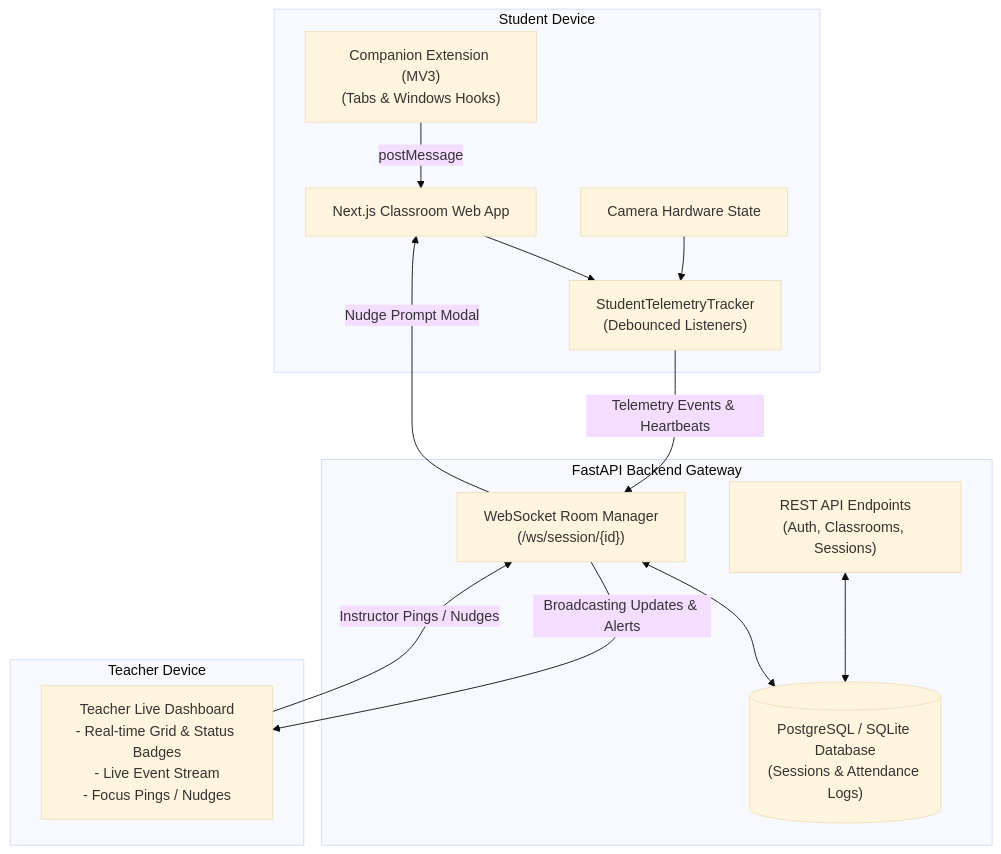
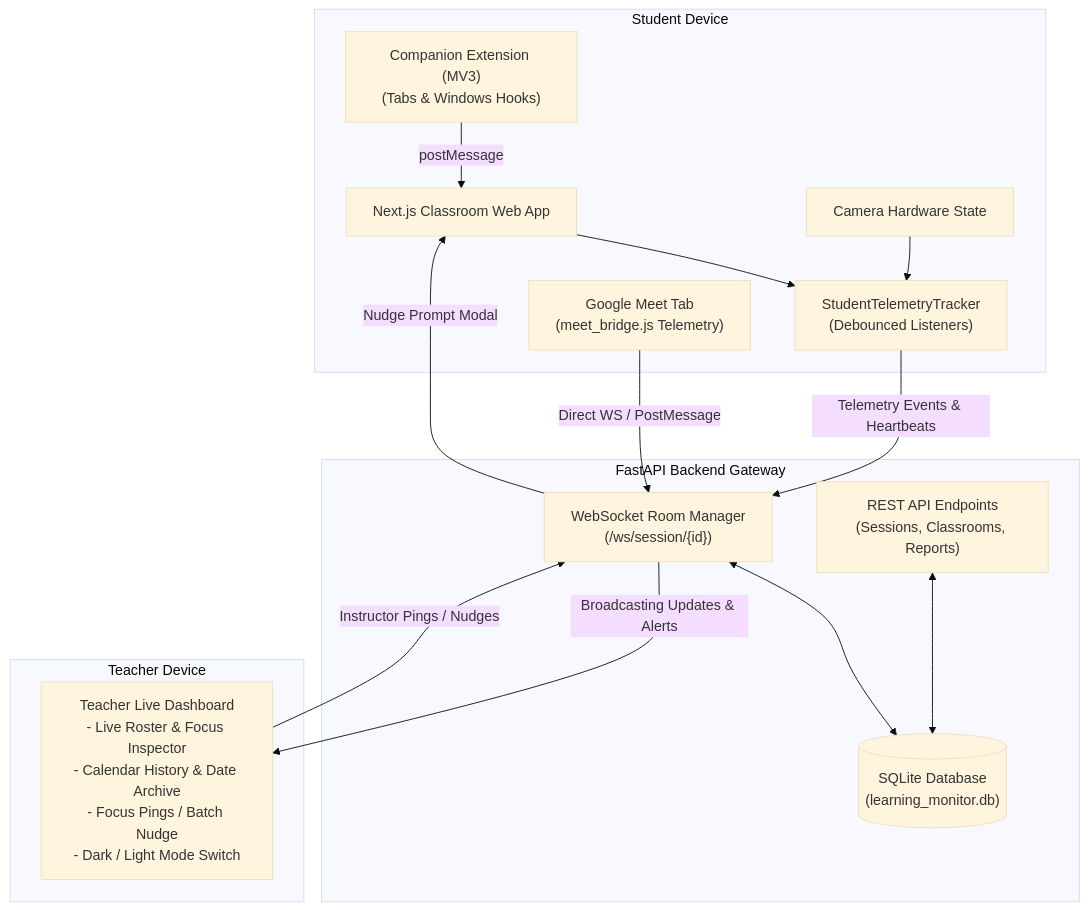
The diagram in README.md (benhrnndz/student-monitoring-system), drawn with Mermaid (base theme) before and after one commit. The commit also changed other lines of this file, not shown here.

````diff
--- a/README.md
+++ b/README.md
@@ -69,29 +71,31 @@
 ```mermaid
 flowchart TD
     subgraph Student["Student Device"]
         APP["Next.js Classroom Web App"]
         TRACKER["StudentTelemetryTracker<br/>(Debounced Listeners)"]
         CAM["Camera Hardware State"]
         EXT["Companion Extension (MV3)<br/>(Tabs & Windows Hooks)"]
+        MEET["Google Meet Tab<br/>(meet_bridge.js Telemetry)"]
     end
 
     subgraph Backend["FastAPI Backend Gateway"]
         WS["WebSocket Room Manager<br/>(/ws/session/{id})"]
-        REST["REST API Endpoints<br/>(Auth, Classrooms, Sessions)"]
-        DB[("PostgreSQL / SQLite Database<br/>(Sessions & Attendance Logs)")]
+        REST["REST API Endpoints<br/>(Sessions, Classrooms, Reports)"]
+        DB[("SQLite Database<br/>(learning_monitor.db)")]
     end
 
     subgraph Teacher["Teacher Device"]
-        DASH["Teacher Live Dashboard<br/>- Real-time Grid & Status Badges<br/>- Live Event Stream<br/>- Focus Pings / Nudges"]
+        DASH["Teacher Live Dashboard<br/>- Live Roster & Focus Inspector<br/>- Calendar History & Date Archive<br/>- Focus Pings / Batch Nudge<br/>- Dark / Light Mode Switch"]
     end
 
     APP --> TRACKER
     CAM --> TRACKER
     EXT -->|postMessage| APP
+    MEET -->|Direct WS / PostMessage| WS
     TRACKER -->|Telemetry Events & Heartbeats| WS
     REST <--> DB
     WS <--> DB
     WS -->|Broadcasting Updates & Alerts| DASH
     DASH -->|Instructor Pings / Nudges| WS
     WS -->|Nudge Prompt Modal| APP
 ```
````
